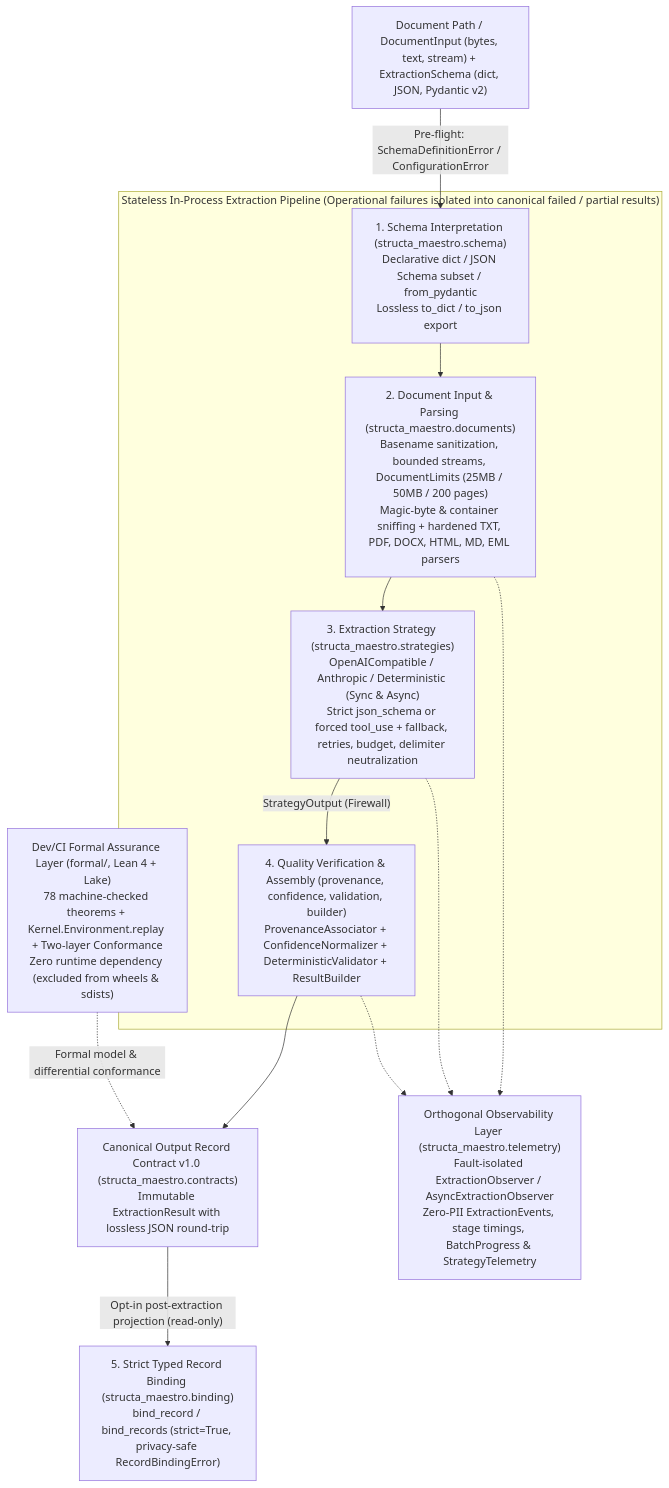
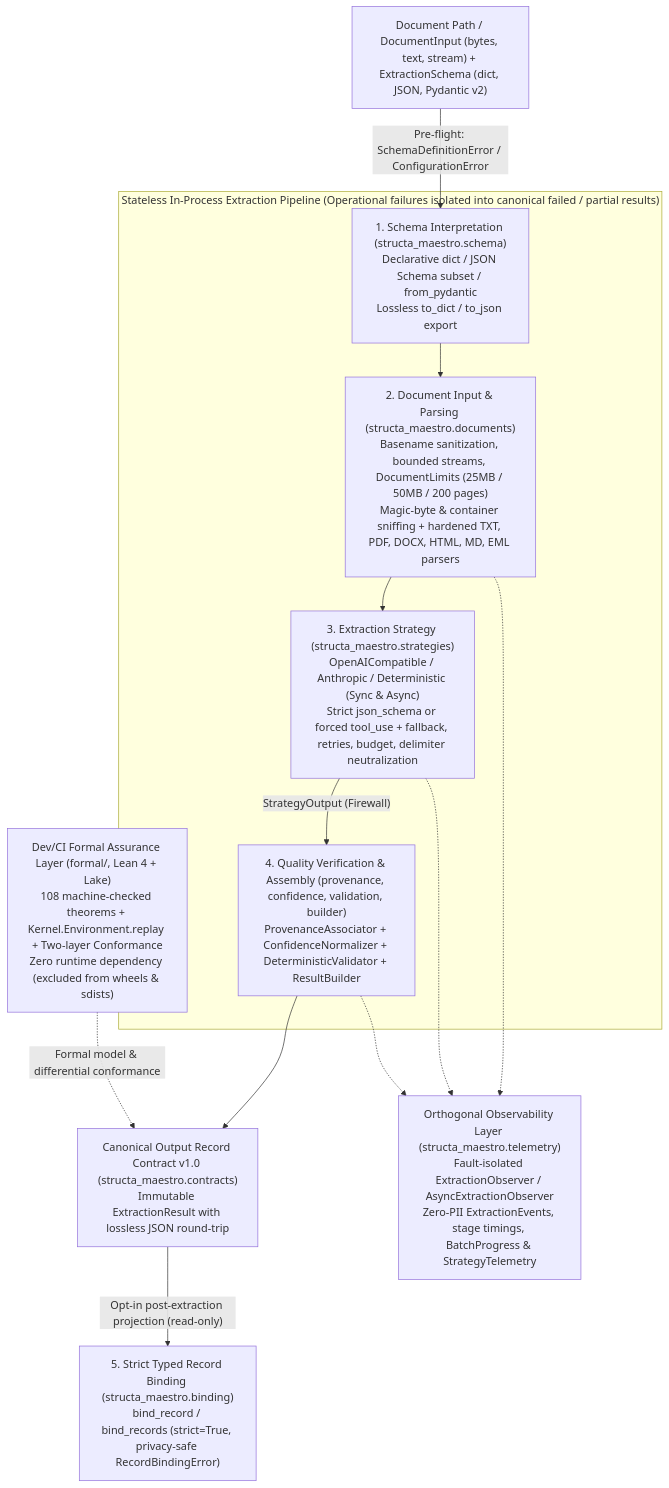
Before and after one commit to ivnmoreno/structa-maestro: the diagram in docs/architecture.md, drawn with Mermaid. The commit also changed other lines of this file and 14 other files, not shown here.

````diff
--- a/docs/architecture.md
+++ b/docs/architecture.md
@@ -7,24 +7,24 @@
 ```mermaid
 flowchart TD
     Input["Document Path / DocumentInput (bytes, text, stream) + ExtractionSchema (dict, JSON, Pydantic v2)"]
     Input -->|"Pre-flight: SchemaDefinitionError / ConfigurationError"| S1
 
     subgraph Pipeline["Stateless In-Process Extraction Pipeline (Operational failures isolated into canonical failed / partial results)"]
         S1["1. Schema Interpretation (structa_maestro.schema)\nDeclarative dict / JSON Schema subset / from_pydantic\nLossless to_dict / to_json export"]
         S2["2. Document Input & Parsing (structa_maestro.documents)\nBasename sanitization, bounded streams, DocumentLimits (25MB / 50MB / 200 pages)\nMagic-byte & container sniffing + hardened TXT, PDF, DOCX, HTML, MD, EML parsers"]
         S3["3. Extraction Strategy (structa_maestro.strategies)\nOpenAICompatible / Anthropic / Deterministic (Sync & Async)\nStrict json_schema or forced tool_use + fallback, retries, budget, delimiter neutralization"]
         S4["4. Quality Verification & Assembly (provenance, confidence, validation, builder)\nProvenanceAssociator + ConfidenceNormalizer + DeterministicValidator + ResultBuilder"]
         S1 --> S2 --> S3 -->|"StrategyOutput (Firewall)"| S4
     end
 
     S4 --> Contract["Canonical Output Record Contract v1.0 (structa_maestro.contracts)\nImmutable ExtractionResult with lossless JSON round-trip"]
     Contract -->|"Opt-in post-extraction projection (read-only)"| S5["5. Strict Typed Record Binding (structa_maestro.binding)\nbind_record / bind_records (strict=True, privacy-safe RecordBindingError)"]
 
     Telemetry["Orthogonal Observability Layer (structa_maestro.telemetry)\nFault-isolated ExtractionObserver / AsyncExtractionObserver\nZero-PII ExtractionEvents, stage timings, BatchProgress & StrategyTelemetry"]
     S2 -.-> Telemetry
     S3 -.-> Telemetry
     S4 -.-> Telemetry
 
-    Formal["Dev/CI Formal Assurance Layer (formal/, Lean 4 + Lake)\n78 machine-checked theorems + Kernel.Environment.replay + Two-layer Conformance\nZero runtime dependency (excluded from wheels & sdists)"]
+    Formal["Dev/CI Formal Assurance Layer (formal/, Lean 4 + Lake)\n108 machine-checked theorems + Kernel.Environment.replay + Two-layer Conformance\nZero runtime dependency (excluded from wheels & sdists)"]
     Formal -. "Formal model & differential conformance" .-> Contract
 ```
````
